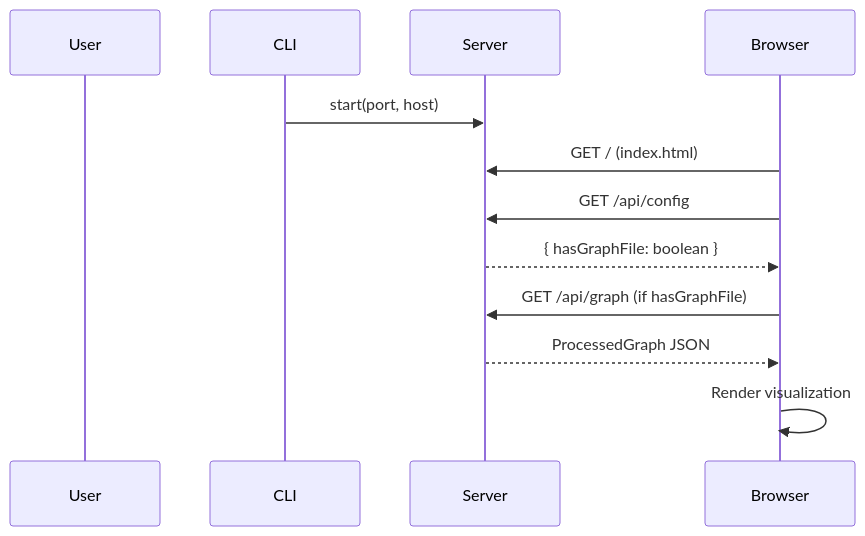
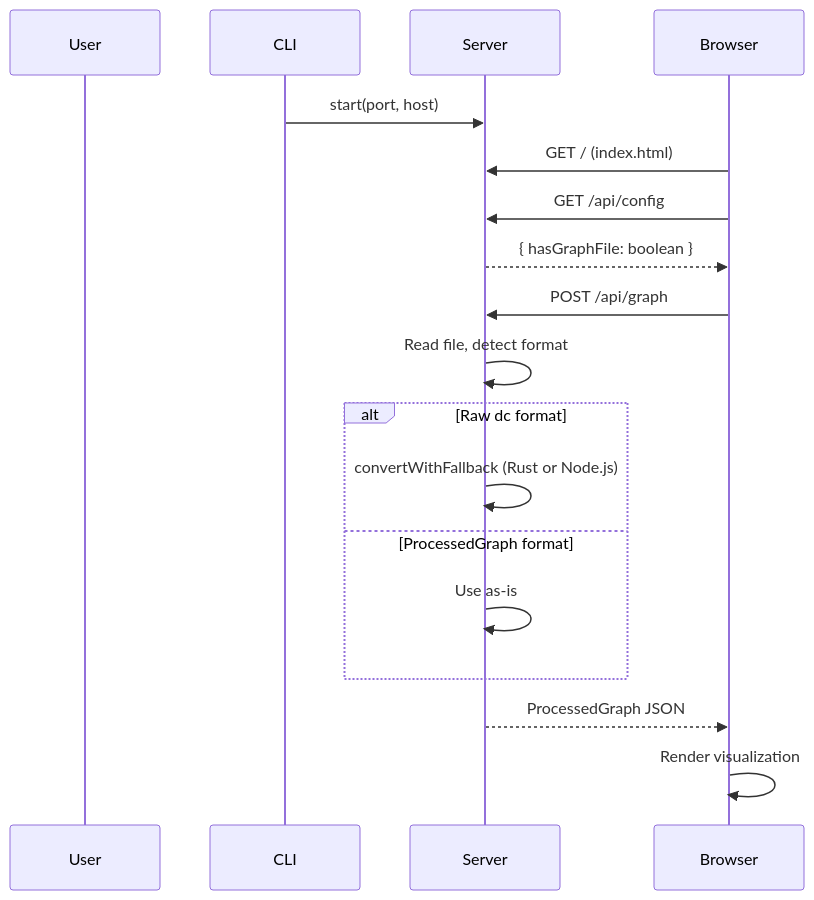
The third of 3 diagrams in docs/packages/cli.md (fisher-89/dependency-cruiser-reporter), drawn with Mermaid before and after one commit. The commit also changed other lines of this file and 12 other files, not shown here.

````diff
--- a/docs/packages/cli.md
+++ b/docs/packages/cli.md
@@ -175,15 +138,21 @@
 ```mermaid
 sequenceDiagram
     participant User
     participant CLI
     participant Server
     participant Browser
 
     CLI->>Server: start(port, host)
     Browser->>Server: GET / (index.html)
     Browser->>Server: GET /api/config
     Server-->>Browser: { hasGraphFile: boolean }
-    Browser->>Server: GET /api/graph (if hasGraphFile)
+    Browser->>Server: POST /api/graph
+    Server->>Server: Read file, detect format
+    alt Raw dc format
+        Server->>Server: convertWithFallback (Rust or Node.js)
+    else ProcessedGraph format
+        Server->>Server: Use as-is
+    end
     Server-->>Browser: ProcessedGraph JSON
     Browser->>Browser: Render visualization
 ```
````
